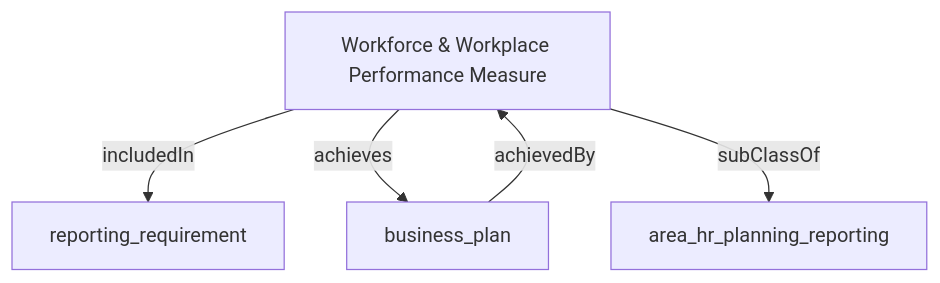
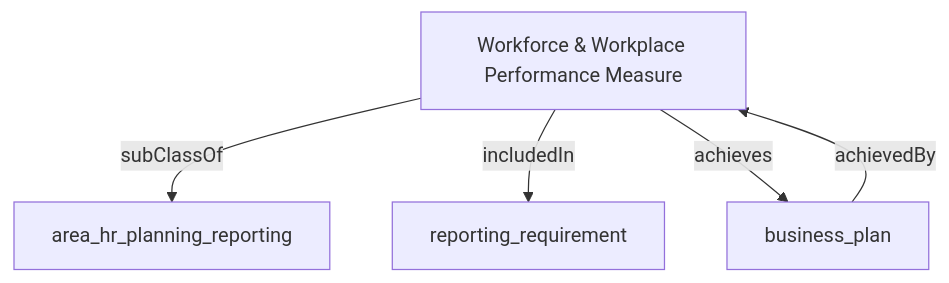
Before and after one commit to heidingaway/heidi2: the diagram in content/hr_data_model/workforce_workplace_performance_measure.md, drawn with Mermaid. The commit also changed other lines of this file and 350 other files, not shown here.

````diff
--- a/content/hr_data_model/workforce_workplace_performance_measure.md
+++ b/content/hr_data_model/workforce_workplace_performance_measure.md
@@ -21,11 +22,11 @@
 ```mermaid
 graph TD
   Workforce__Workplace_Performance_Measure["Workforce & Workplace Performance Measure"]:::current-page-node
   area_hr_planning_reporting["area_hr_planning_reporting"]
   business_plan["business_plan"]
   reporting_requirement["reporting_requirement"]
+  Workforce__Workplace_Performance_Measure-->|" subClassOf "|area_hr_planning_reporting
   Workforce__Workplace_Performance_Measure-->|" includedIn "|reporting_requirement
+  business_plan-->|" achievedBy "|Workforce__Workplace_Performance_Measure
   Workforce__Workplace_Performance_Measure-->|" achieves "|business_plan
-  business_plan-->|" achievedBy "|Workforce__Workplace_Performance_Measure
-  Workforce__Workplace_Performance_Measure-->|" subClassOf "|area_hr_planning_reporting
 ```
````
